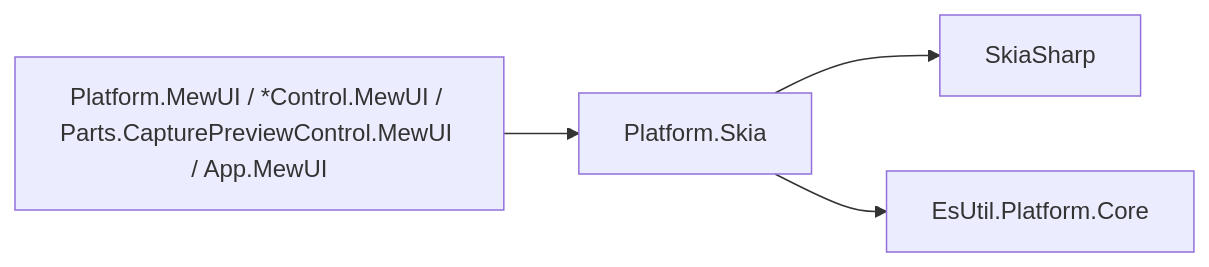
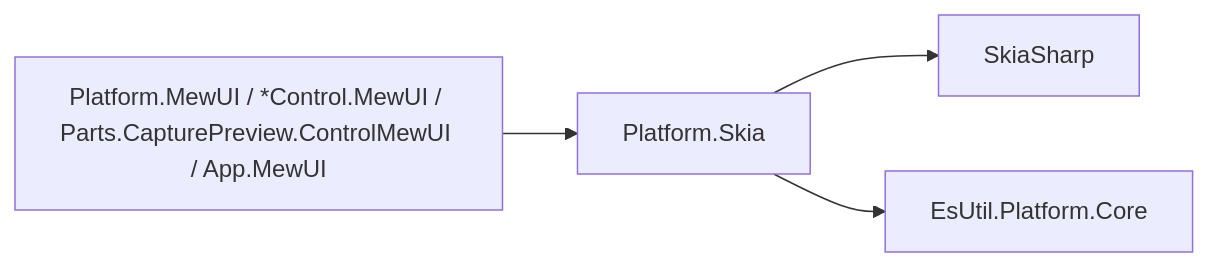
Before and after one commit to tomokuni/SaveEvidence: the first of 4 diagrams in src/Platform.Skia/docs/SPEC_System.md, drawn with Mermaid. The commit also changed 248 other files, not shown here.

First line of the commit message:
撮影スタックのプロジェクト名を CapturePreview へ統一する

````diff
--- a/src/Platform.Skia/docs/SPEC_System.md
+++ b/src/Platform.Skia/docs/SPEC_System.md
@@ -42,11 +42,11 @@
 ```mermaid
 graph LR
-  MEWUI["Platform.MewUI / *Control.MewUI / Parts.CapturePreviewControl.MewUI / App.MewUI"]
+  MEWUI["Platform.MewUI / *Control.MewUI / Parts.CapturePreview.ControlMewUI / App.MewUI"]
   S[Platform.Skia]
   SK[SkiaSharp]
   PC[EsUtil.Platform.Core]
 
   MEWUI --> S
   S --> SK
   S --> PC
 ```
````
